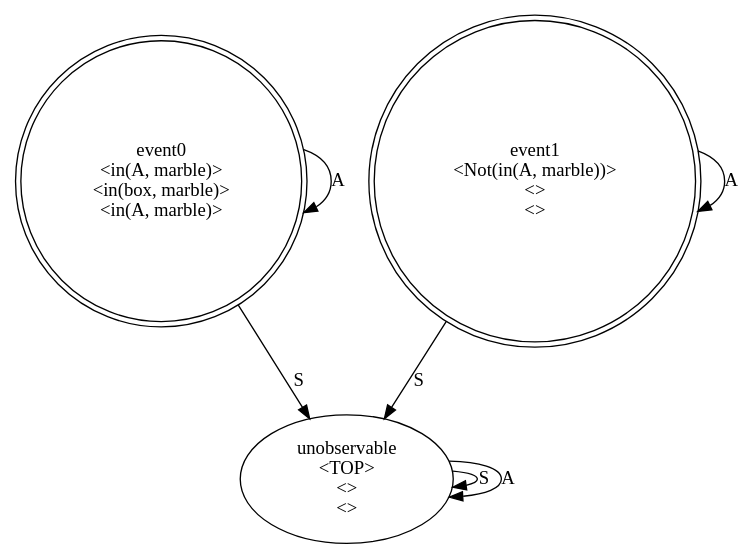
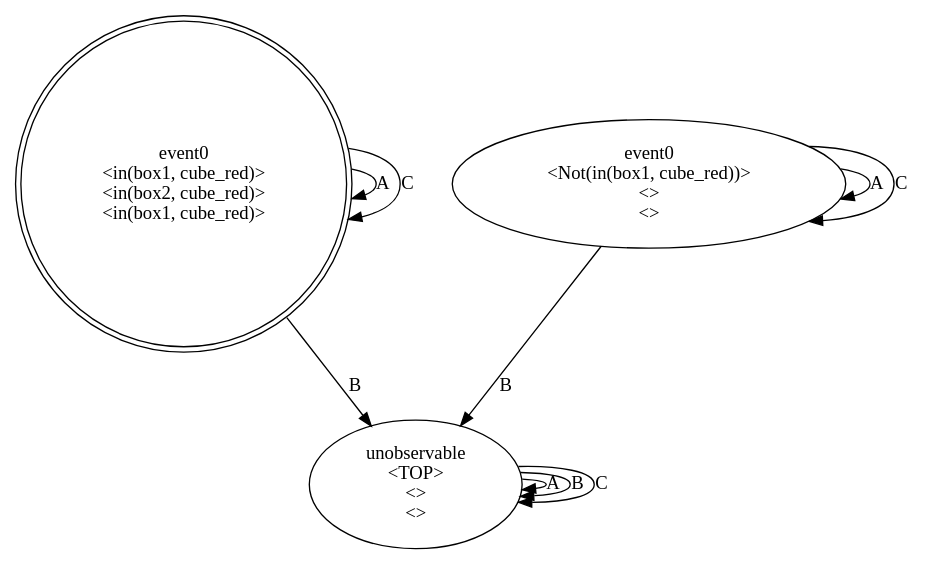
One commit to Zeltex/Implicit_Coordination changed the diagram in action.dot. Above: the diagram before and after it, drawn with Graphviz. The commit also changed 28 other files, not shown here.

```diff
--- a/action.dot
+++ b/action.dot
@@ -1,20 +1,23 @@
 digraph G {
 s0[label="event0
-<in(A, marble)>
-<in(box, marble)>
-<in(A, marble)>", shape=doublecircle];
-s1[label="event1
-<Not(in(A, marble))>
+<in(box1, cube_red)>
+<in(box2, cube_red)>
+<in(box1, cube_red)>", shape=doublecircle];
+s1[label="event0
+<Not(in(box1, cube_red))>
 <>
-<>", shape=doublecircle];
+<>"];
 s2[label="unobservable
 <TOP>
 <>
 <>"];
-s2 -> s2[label="S"];
-s0 -> s2[label="S"];
-s1 -> s2[label="S"];
 s0 -> s0[label="A"];
 s1 -> s1[label="A"];
 s2 -> s2[label="A"];
+s2 -> s2[label="B"];
+s0 -> s2[label="B"];
+s1 -> s2[label="B"];
+s0 -> s0[label="C"];
+s1 -> s1[label="C"];
+s2 -> s2[label="C"];
 }
```
